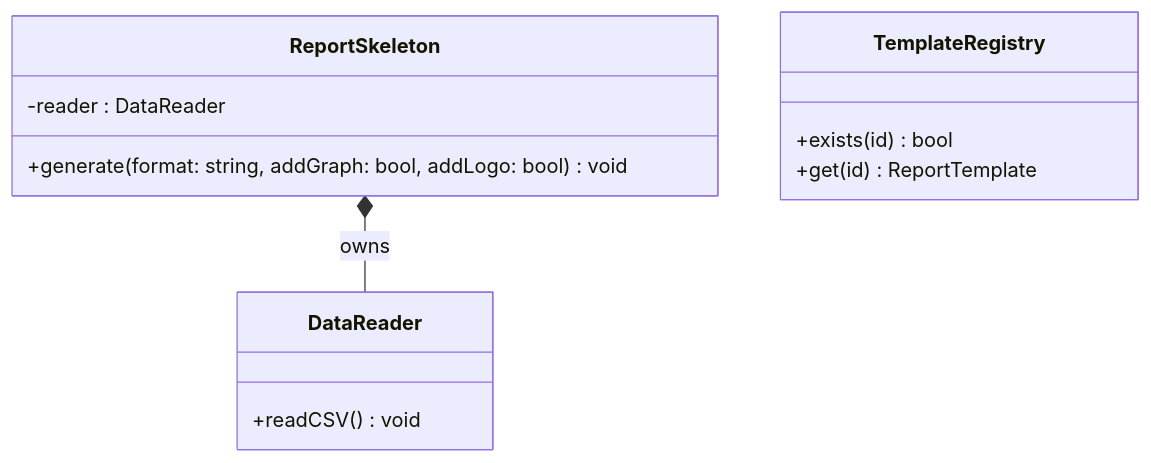
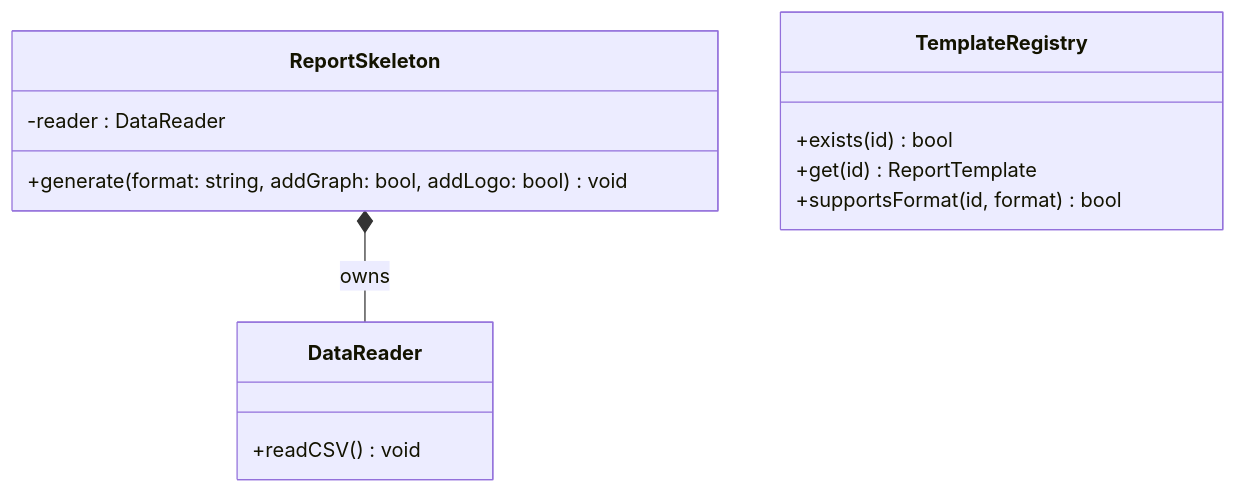
Before and after one commit to kumachan1101-pixel/DesignPattern: the second of 8 diagrams in kindle/design-patterns/output/chapter11.md, drawn with Mermaid. The commit also changed other lines of this file and 14 other files, not shown here.

````diff
--- a/kindle/design-patterns/output/chapter11.md
+++ b/kindle/design-patterns/output/chapter11.md
@@ -155,15 +163,16 @@
 ```mermaid
 classDiagram
     class ReportSkeleton {
         -reader : DataReader
         +generate(format: string, addGraph: bool, addLogo: bool) void
     }
     class DataReader {
         +readCSV() void
     }
     class TemplateRegistry {
         +exists(id) bool
         +get(id) ReportTemplate
+        +supportsFormat(id, format) bool
     }
     ReportSkeleton *-- DataReader : owns
 ```
````
